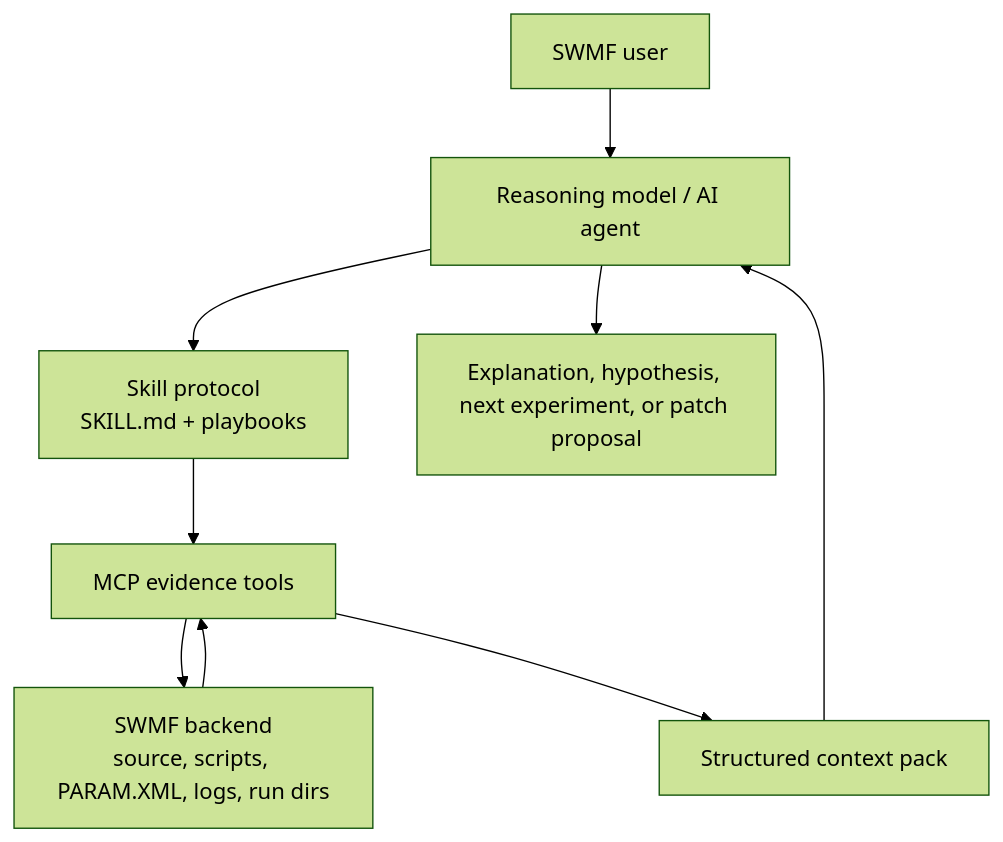
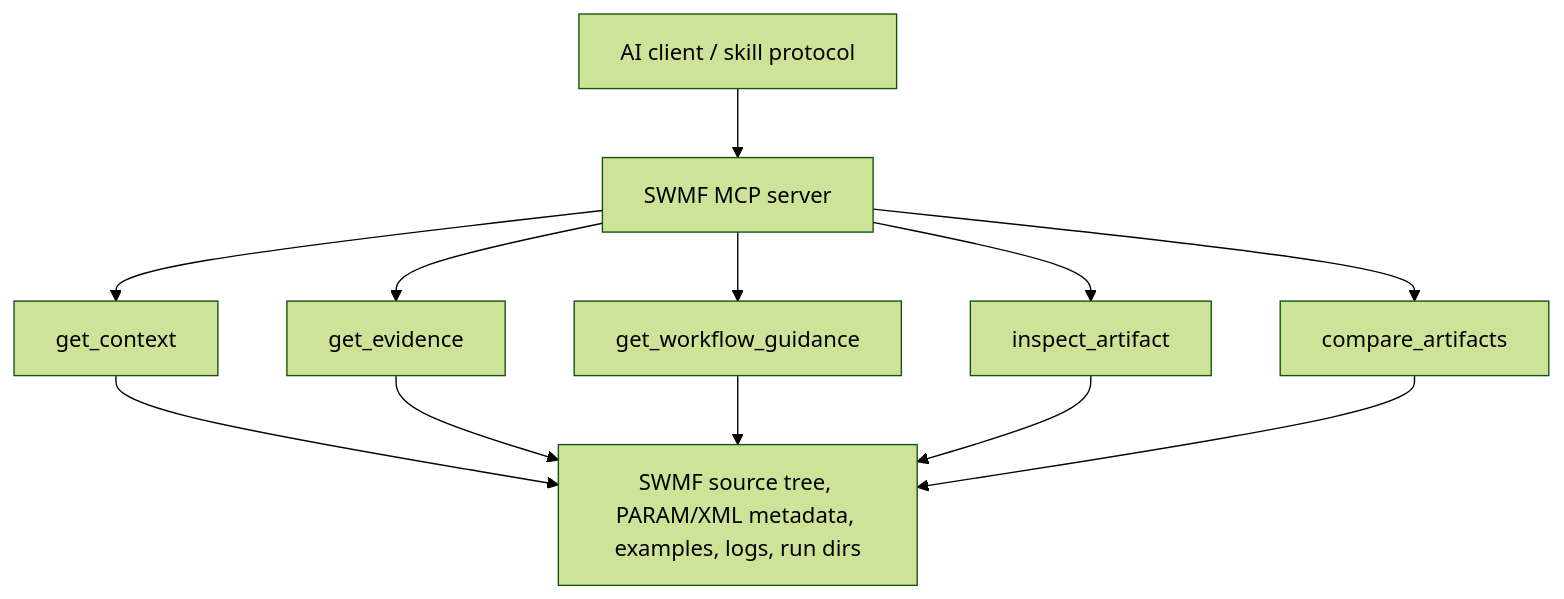
Before and after one commit to KehengZhu/SWMF-MCP-Server: the diagram in README.md, drawn with Mermaid (forest theme). The commit also changed other lines of this file and 134 other files, not shown here.

Commit message:
refined swmf mcp tool interfaces to only 5 entries

````diff
--- a/README.md
+++ b/README.md
@@ -375,12 +19,15 @@
 ```mermaid
 flowchart TD
-    USER["SWMF user"] --> AGENT["Reasoning model / AI agent"]
-    AGENT --> SKILL["Skill protocol<br>SKILL.md + playbooks"]
-    SKILL --> MCP["MCP evidence tools"]
-    MCP --> BACKEND["SWMF backend<br>source, scripts, PARAM.XML, logs, run dirs"]
+    CLIENT["AI client / skill protocol"] --> MCP["SWMF MCP server"]
+    MCP --> T1["get_context"]
+    MCP --> T2["get_evidence"]
+    MCP --> T3["get_workflow_guidance"]
+    MCP --> T4["inspect_artifact"]
+    MCP --> T5["compare_artifacts"]
 
-    BACKEND --> MCP
-    MCP --> PACK["Structured context pack"]
-    PACK --> AGENT
-    AGENT --> OUT["Explanation, hypothesis, next experiment, or patch proposal"]
+    T1 --> BACKEND["SWMF source tree, PARAM/XML metadata, examples, logs, run dirs"]
+    T2 --> BACKEND
+    T3 --> BACKEND
+    T4 --> BACKEND
+    T5 --> BACKEND
 ```
````
